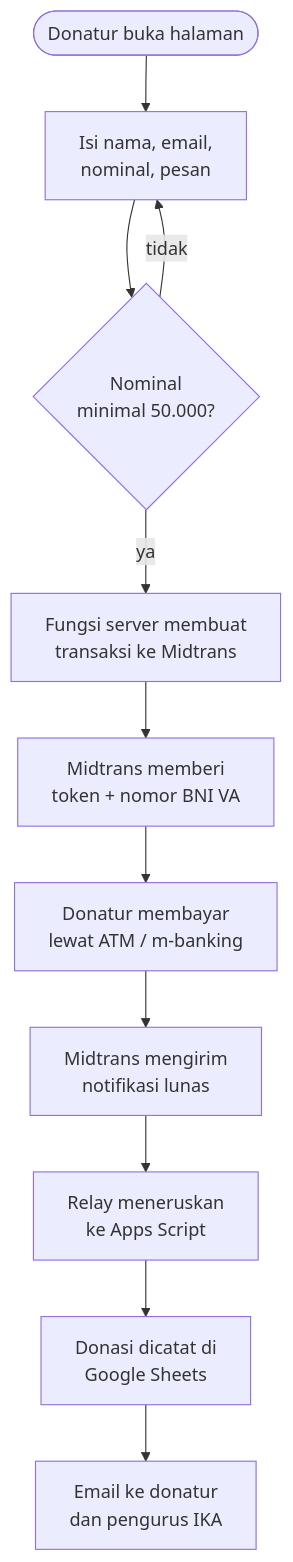
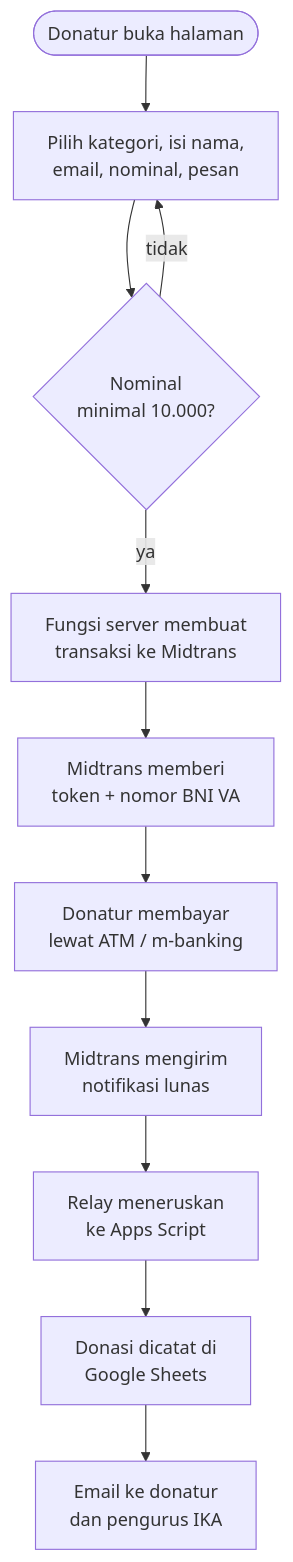
Before and after one commit to madgeer/portal-beasiswa-ika: the second of 8 diagrams in laporan.md, drawn with Mermaid. The commit also changed other lines of this file and 13 other files, not shown here.

````diff
--- a/laporan.md
+++ b/laporan.md
@@ -63,13 +63,13 @@
 ```mermaid
 flowchart TD
-    A([Donatur buka halaman]) --> B["Isi nama, email,<br/>nominal, pesan"]
-    B --> C{"Nominal<br/>minimal 50.000?"}
+    A([Donatur buka halaman]) --> B["Pilih kategori, isi nama,<br/>email, nominal, pesan"]
+    B --> C{"Nominal<br/>minimal 10.000?"}
     C -->|tidak| B
     C -->|ya| D["Fungsi server membuat<br/>transaksi ke Midtrans"]
     D --> E["Midtrans memberi<br/>token + nomor BNI VA"]
     E --> F["Donatur membayar<br/>lewat ATM / m-banking"]
     F --> G["Midtrans mengirim<br/>notifikasi lunas"]
     G --> H["Relay meneruskan<br/>ke Apps Script"]
     H --> I["Donasi dicatat di<br/>Google Sheets"]
     I --> J["Email ke donatur<br/>dan pengurus IKA"]
 ```
````
